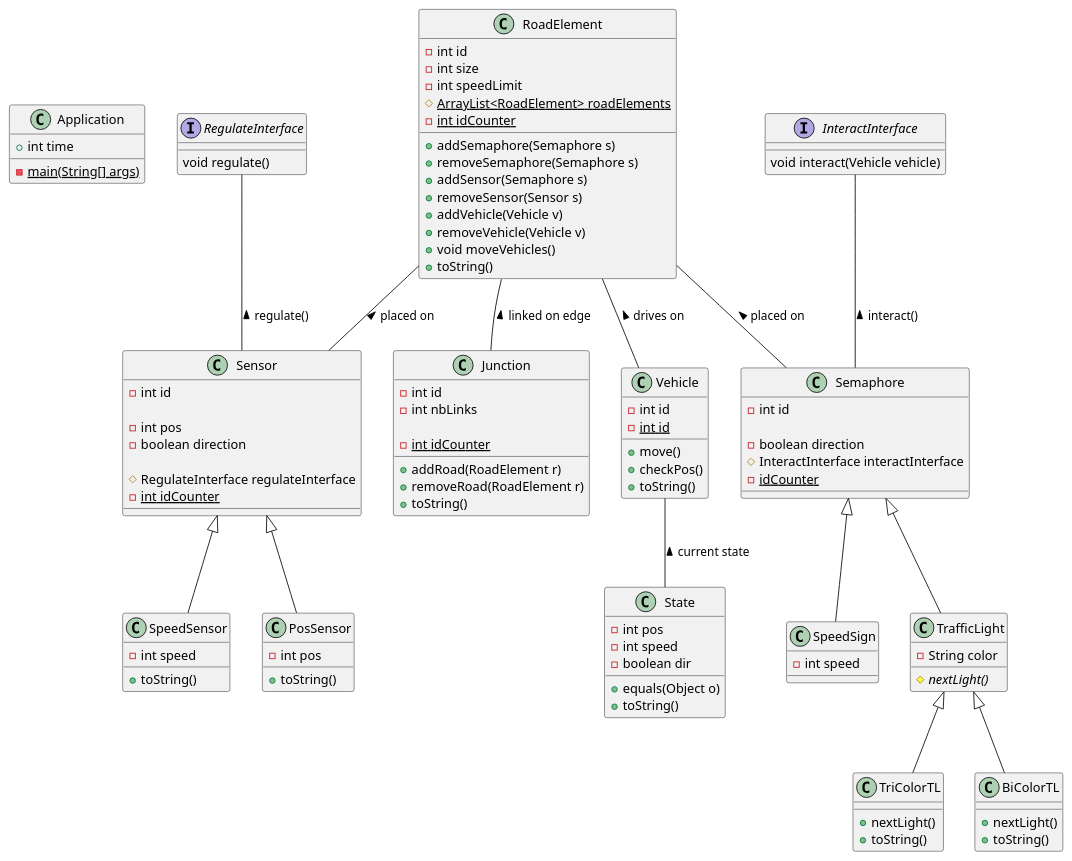
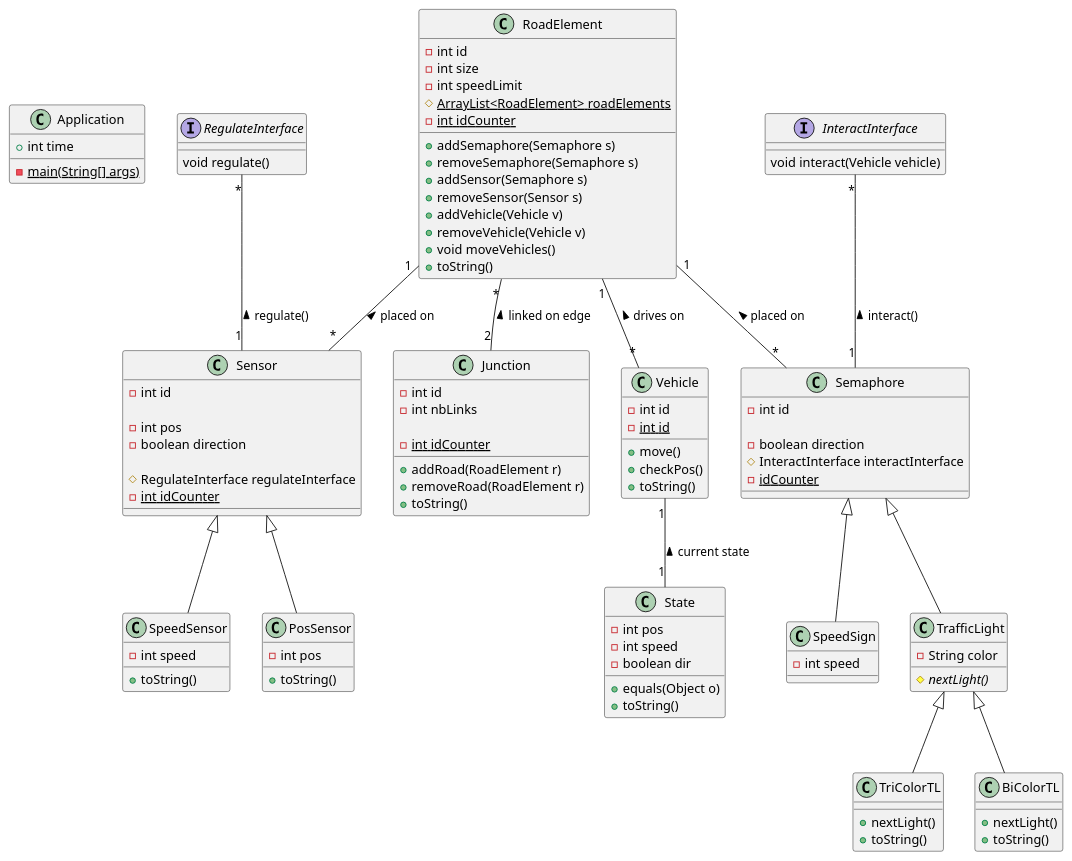
One commit to PedroEVHV/Simulation_reseau_routier changed the diagram in UMLRendu.puml. Above: the diagram before and after it, drawn with PlantUML. The commit also changed 2 other files, not shown here.

```diff
--- a/UMLRendu.puml
+++ b/UMLRendu.puml
@@ -1,135 +1,135 @@
 @startuml
 
 
 
 
 class Application {
     + int time
     - {static} main(String[] args)
 }
 
 class RoadElement {
     - int id
     - int size
     - int speedLimit
     # {static} ArrayList<RoadElement> roadElements
     - {static} int idCounter
 
     + addSemaphore(Semaphore s)
     + removeSemaphore(Semaphore s)
     + addSensor(Semaphore s)
     + removeSensor(Sensor s)
     + addVehicle(Vehicle v)
     + removeVehicle(Vehicle v)
     + void moveVehicles()
     + toString()
 }
 
 class Junction {
     - int id
     - int nbLinks
 
     - {static} int idCounter
 
     + addRoad(RoadElement r)
     + removeRoad(RoadElement r)
     + toString()
 }
 
 class Semaphore {
     - int id
 
     - boolean direction
     # InteractInterface interactInterface
     - {static} idCounter
 
 }
 
 class TrafficLight {
     - String color
     # {abstract} nextLight()
 }
 
 class TriColorTL {
     + nextLight()
     + toString()
 }
 
 class BiColorTL {
     + nextLight()
     + toString()
 }
 
 class SpeedSign {
     - int speed
 }
 
 class Sensor {
     - int id
 
     - int pos
     - boolean direction
 
     # RegulateInterface regulateInterface
     - {static} int idCounter
 }
 
 class SpeedSensor {
     - int speed
     + toString()
 }
 
 class PosSensor {
     - int pos
     + toString()
 }
 
 class Vehicle {
     - int id
     - {static} int id
 
     + move()
     + checkPos()
     + toString()
 }
 interface RegulateInterface {
     void regulate()
 }
 
 interface InteractInterface {
     void interact(Vehicle vehicle)
 }
 class State {
     - int pos
     - int speed
     - boolean dir
 
     + equals(Object o)
     +toString()
 }
 
 
 Semaphore <|-- TrafficLight
 Semaphore <|-- SpeedSign
 Sensor <|-- SpeedSensor
 Sensor <|-- PosSensor
 TrafficLight <|-- TriColorTL
 TrafficLight <|-- BiColorTL
 
-RoadElement -- Sensor : placed on <
-RoadElement -- Semaphore : placed on <
-RoadElement -- Vehicle : drives on <
-RoadElement -- Junction : linked on edge <
-Vehicle -- State : current state <
+RoadElement "1"--"*" Sensor : placed on <
+RoadElement "1" -- "*" Semaphore : placed on <
+RoadElement "1" -- "*" Vehicle : drives on <
+RoadElement "*"-- "2" Junction : linked on edge <
+Vehicle "1" -- "1"State : current state <
 
 
-InteractInterface -- Semaphore : interact() <
+InteractInterface "*" -- "1" Semaphore : interact() <
 
-RegulateInterface -- Sensor : regulate() <
+RegulateInterface "*" -- "1" Sensor : regulate() <
 
 
 
 
 
 
 @enduml
```
